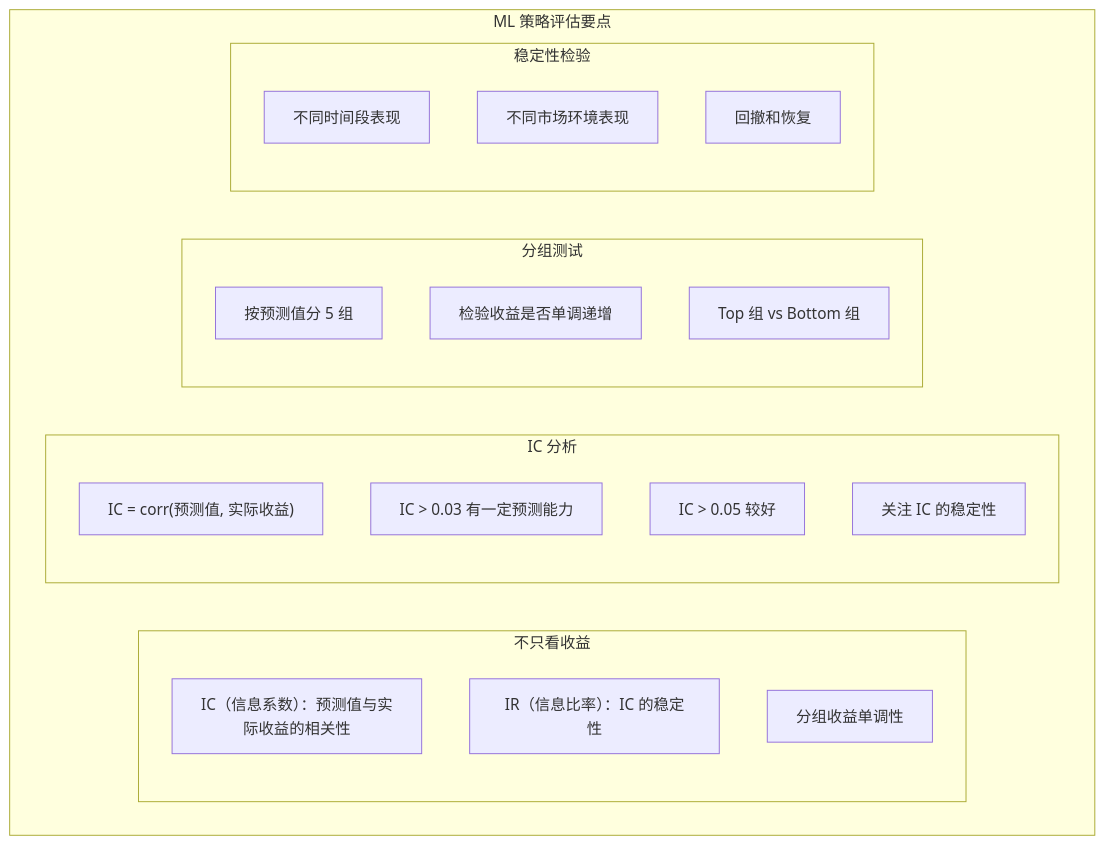
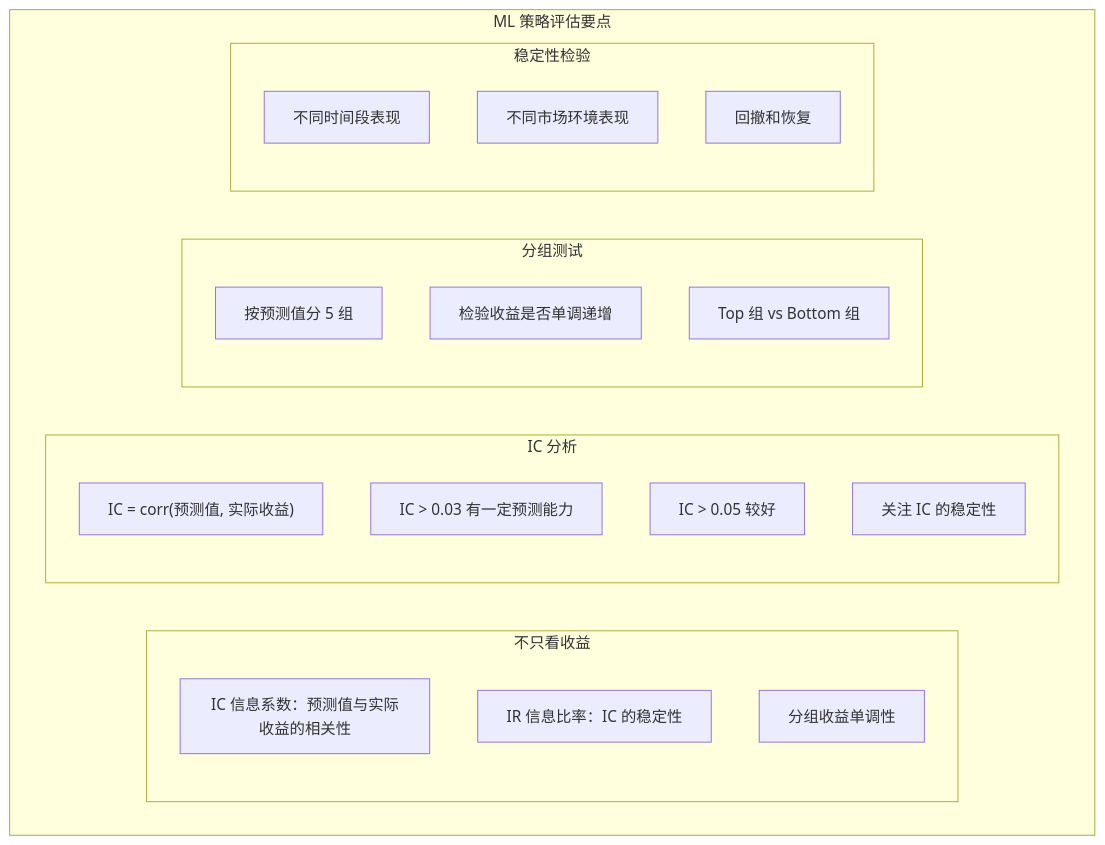
The eighth of 11 diagrams in content/articles/quant/quant-07-机器学习量化实战.md (jpixy/jpixy.github.io), drawn with Mermaid before and after one commit. The commit also changed other lines of this file and 66 other files, not shown here.

Commit message:
fix: resolve Mermaid syntax errors by removing parentheses in node labels

````diff
--- a/content/articles/quant/quant-07-机器学习量化实战.md
+++ b/content/articles/quant/quant-07-机器学习量化实战.md
@@ -508,26 +508,26 @@
 ```mermaid
 graph TB
     subgraph 评估要点["ML 策略评估要点"]
         subgraph 不只看收益
-            S1["IC（信息系数）：预测值与实际收益的相关性"]
-            S2["IR（信息比率）：IC 的稳定性"]
+            S1["IC 信息系数：预测值与实际收益的相关性"]
+            S2["IR 信息比率：IC 的稳定性"]
             S3["分组收益单调性"]
         end
         subgraph IC分析["IC 分析"]
             I1["IC = corr(预测值, 实际收益)"]
             I2["IC > 0.03 有一定预测能力"]
             I3["IC > 0.05 较好"]
             I4["关注 IC 的稳定性"]
         end
         subgraph 分组测试
             F1["按预测值分 5 组"]
             F2["检验收益是否单调递增"]
             F3["Top 组 vs Bottom 组"]
         end
         subgraph 稳定性检验
             W1["不同时间段表现"]
             W2["不同市场环境表现"]
             W3["回撤和恢复"]
         end
     end
 ```
````
